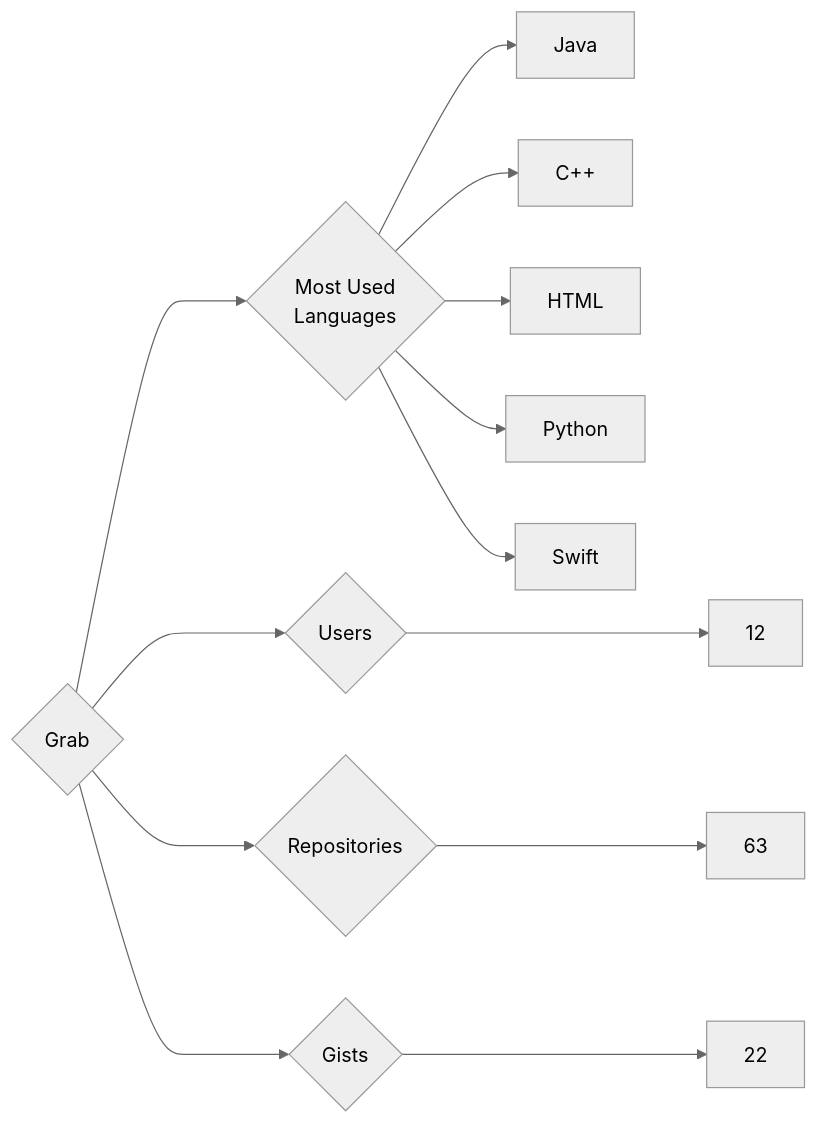
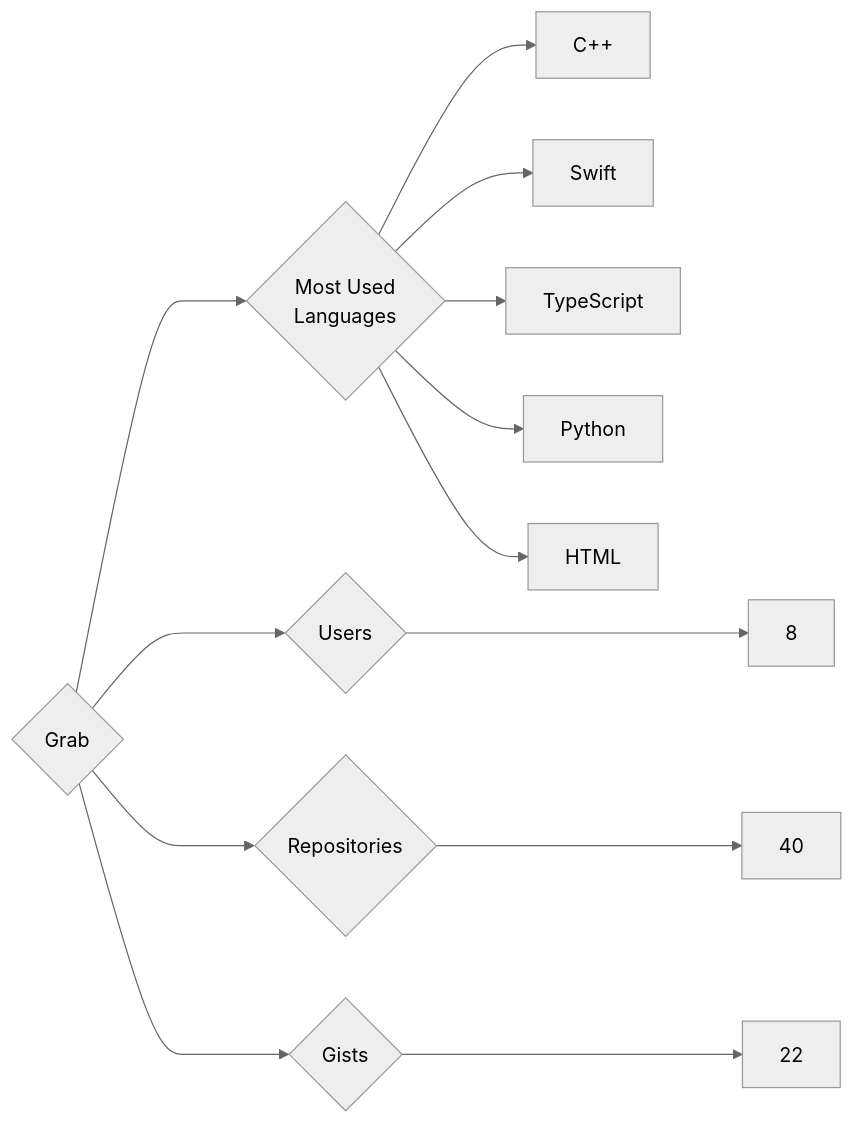
Before and after one commit to trickest/insiders: the diagram in targets/Grab/README.md, drawn with Mermaid (neutral theme). The commit also changed 1195 other files, not shown here.

````diff
--- a/targets/Grab/README.md
+++ b/targets/Grab/README.md
@@ -3,13 +3,13 @@
 ```mermaid
 graph LR
 COMPANY_NAME{Grab}
-COMPANY_NAME ---> U{Users} ---> UN[12]
-COMPANY_NAME ---> R{Repositories} ---> RN[63]
+COMPANY_NAME ---> U{Users} ---> UN[8]
+COMPANY_NAME ---> R{Repositories} ---> RN[40]
 COMPANY_NAME ---> G{Gists} ---> GN[22]
 COMPANY_NAME ---> ML{Most Used<br>Languages}
-ML --> Java[Java]
 ML --> C++[C++]
+ML --> Swift[Swift]
+ML --> TypeScript[TypeScript]
+ML --> Python[Python]
 ML --> HTML[HTML]
-ML --> Python[Python]
-ML --> Swift[Swift]
 ```
````
